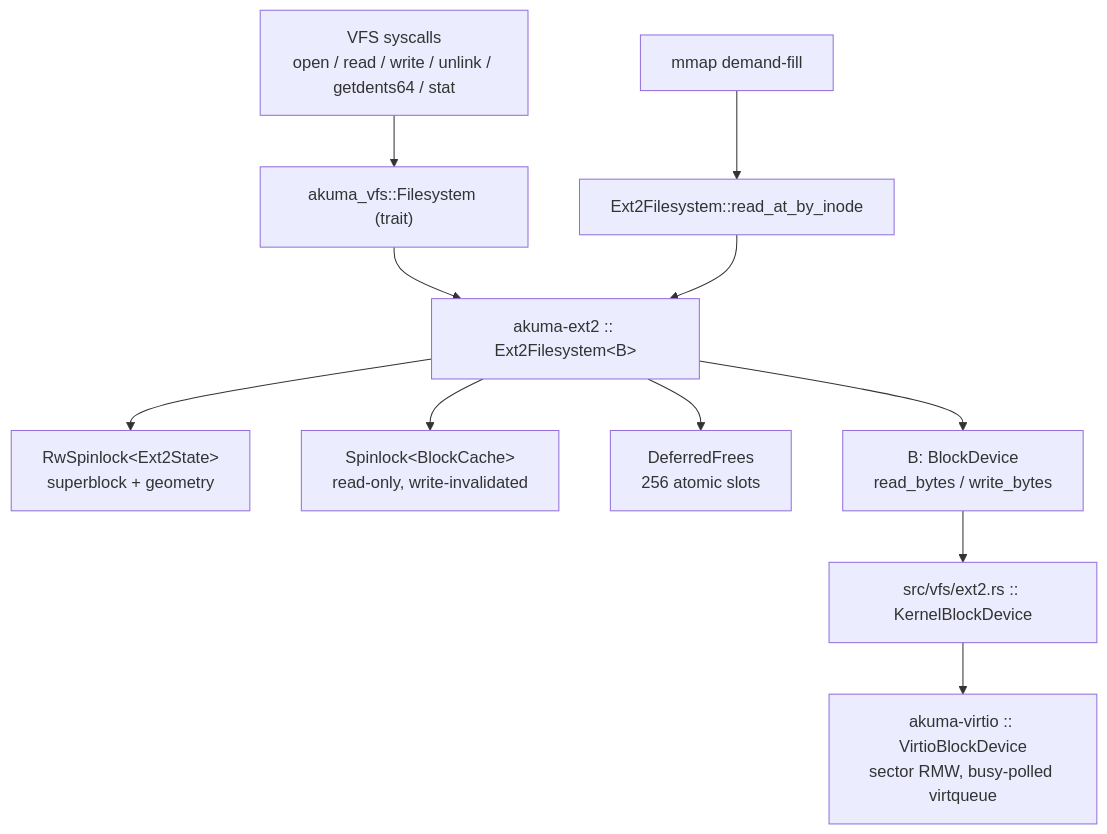
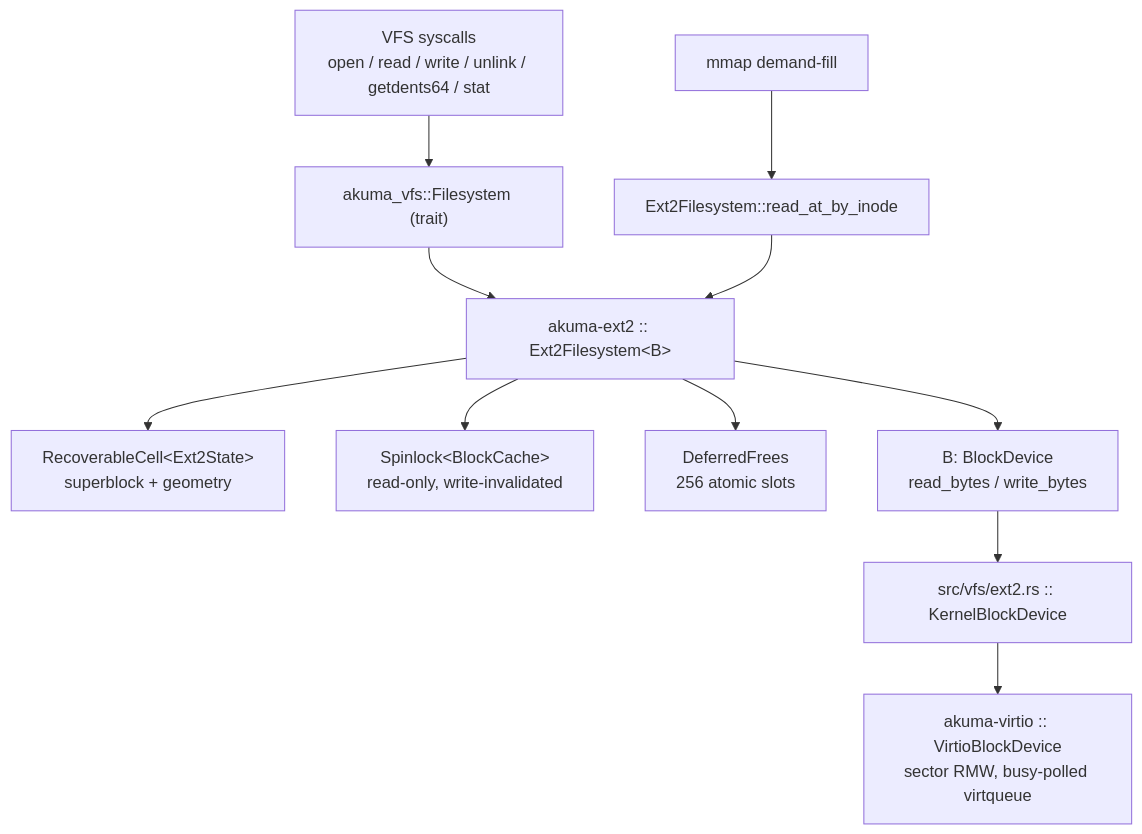
One commit to netoneko/akuma changed the diagram in crates/akuma-ext2/README.md. Above: the diagram before and after it, drawn with Mermaid. The commit also changed other lines of this file and 20 other files, not shown here.

````diff
--- a/crates/akuma-ext2/README.md
+++ b/crates/akuma-ext2/README.md
@@ -47,13 +47,13 @@
 ```mermaid
 flowchart TD
     SC["VFS syscalls<br/>open / read / write / unlink / getdents64 / stat"] --> VFS["akuma_vfs::Filesystem (trait)"]
     MM["mmap demand-fill"] --> RABI["Ext2Filesystem::read_at_by_inode"]
     VFS --> EXT2["akuma-ext2 :: Ext2Filesystem&lt;B&gt;"]
     RABI --> EXT2
-    EXT2 --> ST["RwSpinlock&lt;Ext2State&gt;<br/>superblock + geometry"]
+    EXT2 --> ST["RecoverableCell&lt;Ext2State&gt;<br/>superblock + geometry"]
     EXT2 --> BC["Spinlock&lt;BlockCache&gt;<br/>read-only, write-invalidated"]
     EXT2 --> DF["DeferredFrees<br/>256 atomic slots"]
     EXT2 --> DEV["B: BlockDevice<br/>read_bytes / write_bytes"]
     DEV --> KBD["src/vfs/ext2.rs :: KernelBlockDevice"]
     KBD --> VBLK["akuma-virtio :: VirtioBlockDevice<br/>sector RMW, busy-polled virtqueue"]
 ```
````
